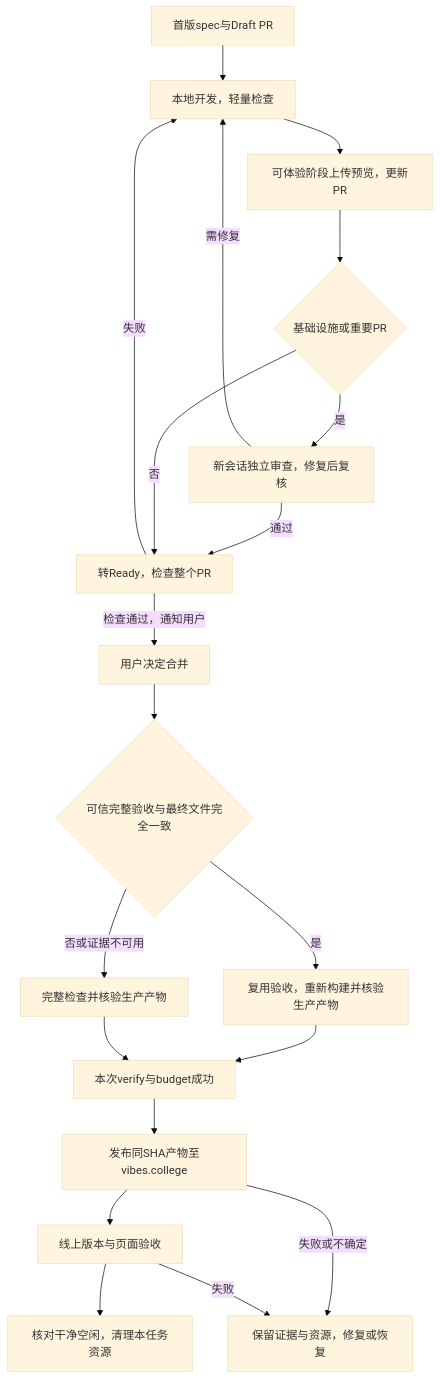
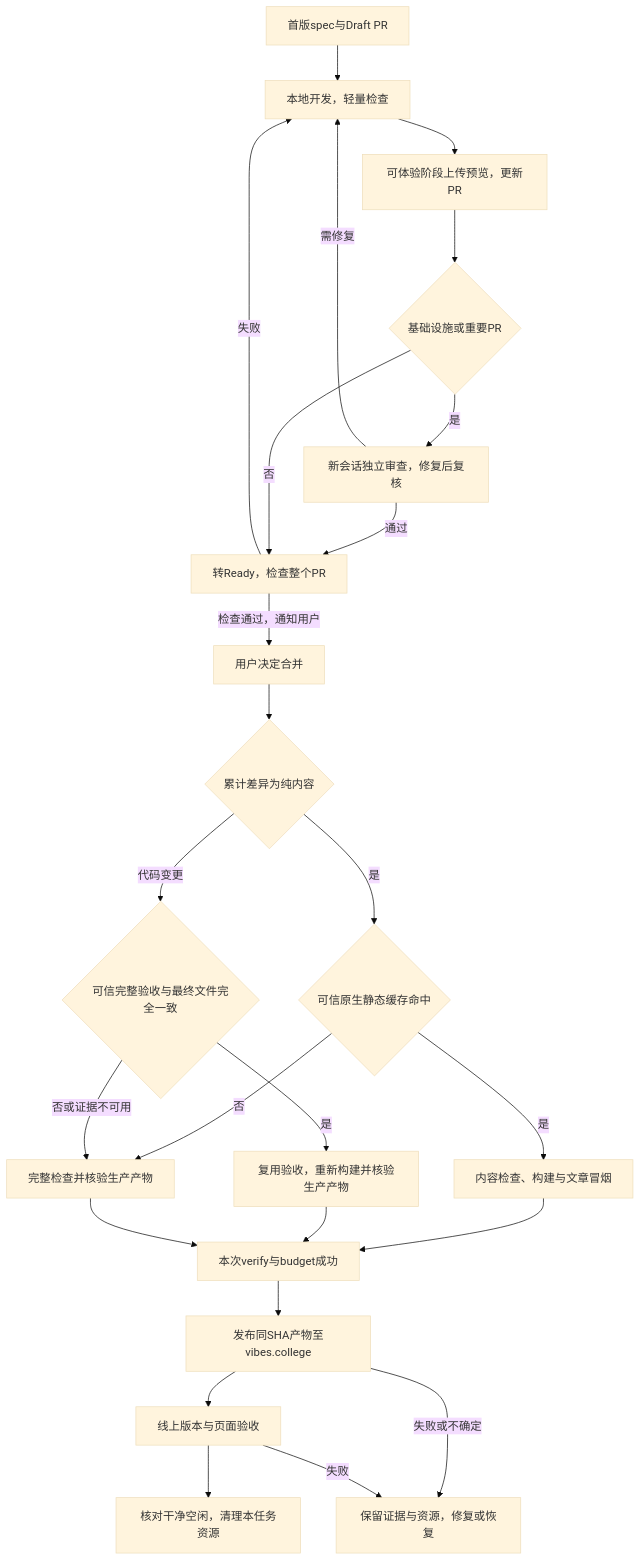
Before and after one commit to Vibes-college/Vibes: the diagram in docs/features/project-commands.md, drawn with Mermaid (base theme). The commit also changed other lines of this file and 9 other files, not shown here.

````diff
--- a/docs/features/project-commands.md
+++ b/docs/features/project-commands.md
@@ -65,22 +65,27 @@
 ```mermaid
 flowchart TD
   A[首版spec与Draft PR] --> B[本地开发，轻量检查]
   B --> C[可体验阶段上传预览，更新PR]
   C --> R{基础设施或重要PR}
   R -->|是| V[新会话独立审查，修复后复核]
   V -->|通过| D[转Ready，检查整个PR]
   V -->|需修复| B
   R -->|否| D
   D -->|检查通过，通知用户| E[用户决定合并]
-  E --> P{可信完整验收与最终文件完全一致}
+  E --> L{累计差异为纯内容}
+  L -->|是| M{可信原生静态缓存命中}
+  M -->|是| N[内容检查、构建与文章冒烟]
+  M -->|否| U
+  N --> F
+  L -->|代码变更| P{可信完整验收与最终文件完全一致}
   P -->|是| Q[复用验收，重新构建并核验生产产物]
   P -->|否或证据不可用| U[完整检查并核验生产产物]
   Q --> F[本次verify与budget成功]
   U --> F
   F --> G[发布同SHA产物至vibes.college]
   G --> H[线上版本与页面验收]
   H --> I[核对干净空闲，清理本任务资源]
   D -->|失败| B
   G -->|失败或不确定| J[保留证据与资源，修复或恢复]
   H -->|失败| J
 ```
````
